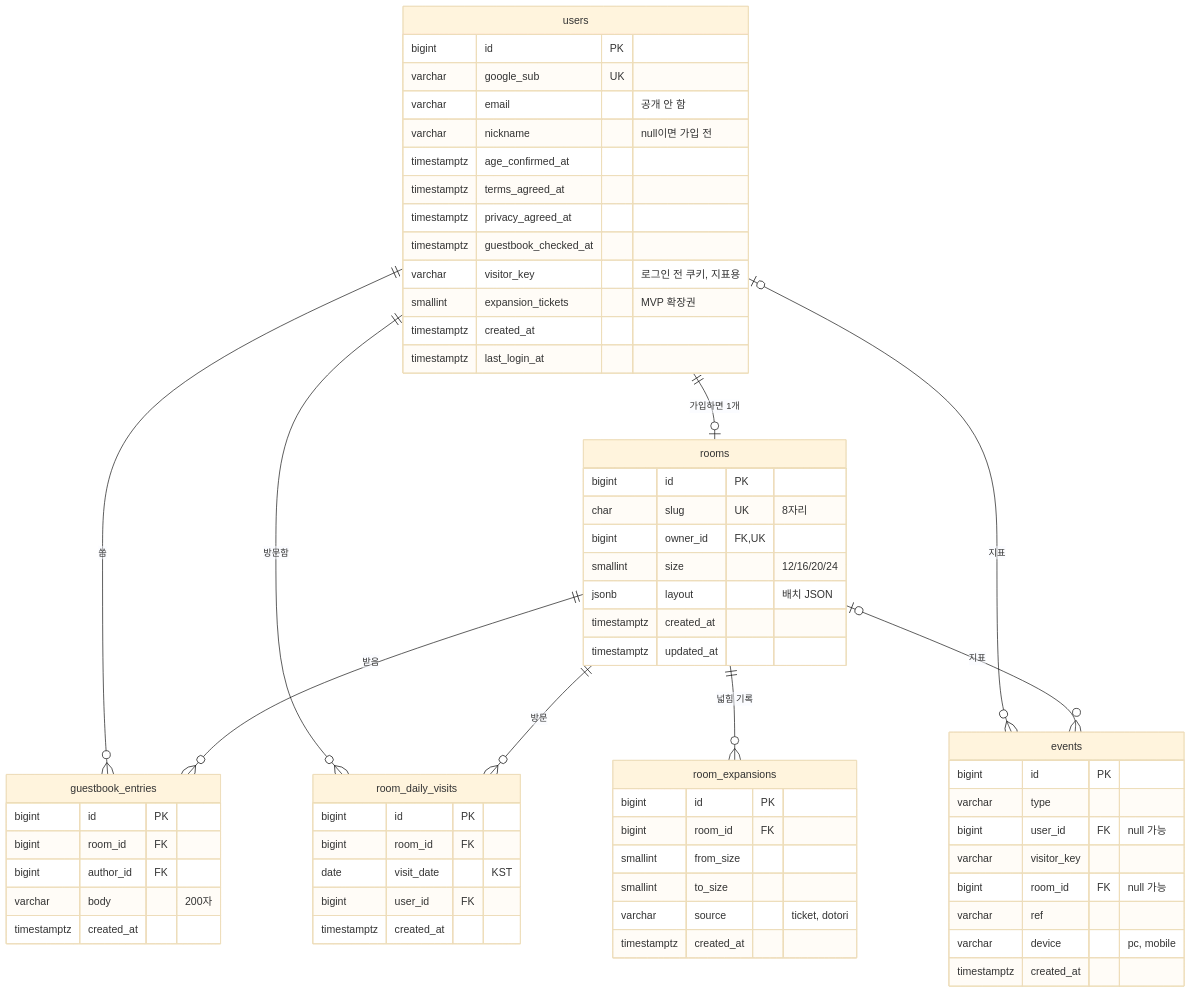
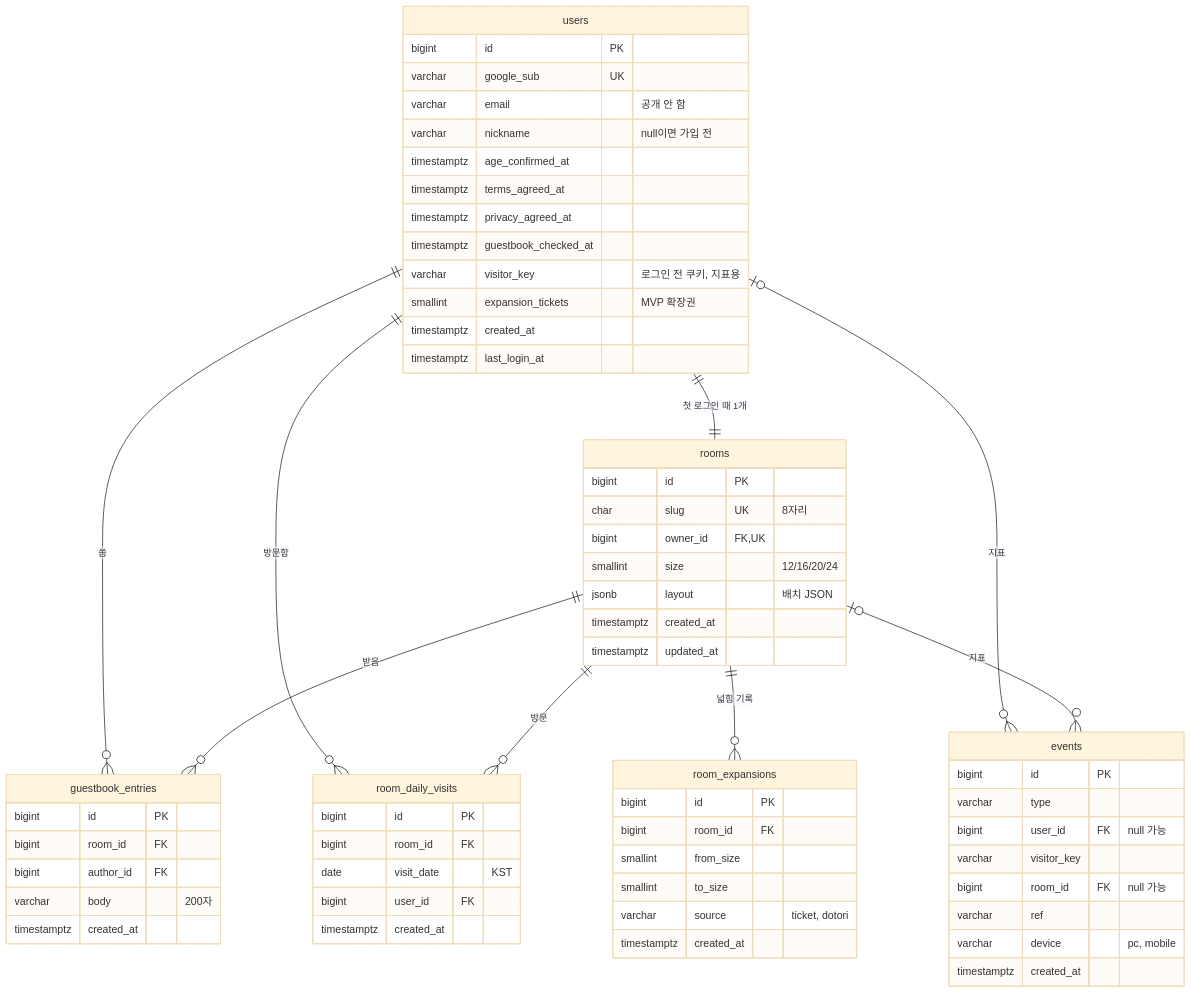
One commit to MyeongHyeonCheol/miniroom changed the diagram in docs/erd.md. Above: the diagram before and after it, drawn with Mermaid (base theme). The commit also changed other lines of this file and 29 other files, not shown here.

````diff
--- a/docs/erd.md
+++ b/docs/erd.md
@@ -11,67 +11,67 @@
 ```mermaid
 erDiagram
-  users ||--o| rooms : "가입하면 1개"
+  users ||--|| rooms : "첫 로그인 때 1개"
   users ||--o{ guestbook_entries : "씀"
   users ||--o{ room_daily_visits : "방문함"
   rooms ||--o{ guestbook_entries : "받음"
   rooms ||--o{ room_daily_visits : "방문"
   rooms ||--o{ room_expansions : "넓힘 기록"
   users |o--o{ events : "지표"
   rooms |o--o{ events : "지표"
 
   users {
     bigint id PK
     varchar google_sub UK
     varchar email "공개 안 함"
     varchar nickname "null이면 가입 전"
     timestamptz age_confirmed_at
     timestamptz terms_agreed_at
     timestamptz privacy_agreed_at
     timestamptz guestbook_checked_at
     varchar visitor_key "로그인 전 쿠키, 지표용"
     smallint expansion_tickets "MVP 확장권"
     timestamptz created_at
     timestamptz last_login_at
   }
   rooms {
     bigint id PK
     char slug UK "8자리"
     bigint owner_id FK,UK
     smallint size "12/16/20/24"
     jsonb layout "배치 JSON"
     timestamptz created_at
     timestamptz updated_at
   }
   guestbook_entries {
     bigint id PK
     bigint room_id FK
     bigint author_id FK
     varchar body "200자"
     timestamptz created_at
   }
   room_daily_visits {
     bigint id PK
     bigint room_id FK
     date visit_date "KST"
     bigint user_id FK
     timestamptz created_at
   }
   room_expansions {
     bigint id PK
     bigint room_id FK
     smallint from_size
     smallint to_size
     varchar source "ticket, dotori"
     timestamptz created_at
   }
   events {
     bigint id PK
     varchar type
     bigint user_id FK "null 가능"
     varchar visitor_key
     bigint room_id FK "null 가능"
     varchar ref
     varchar device "pc, mobile"
     timestamptz created_at
   }
 ```
````
